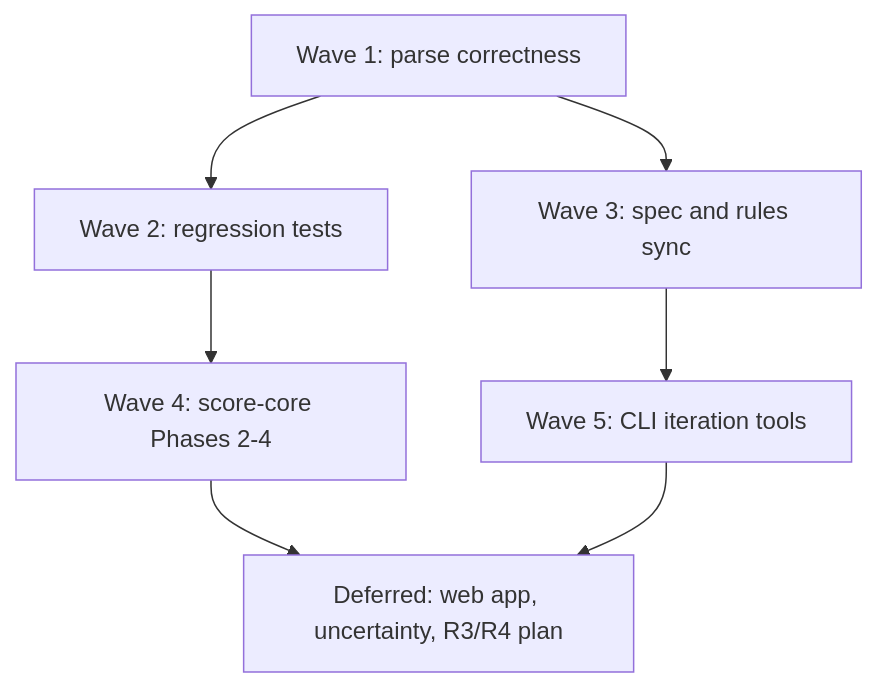
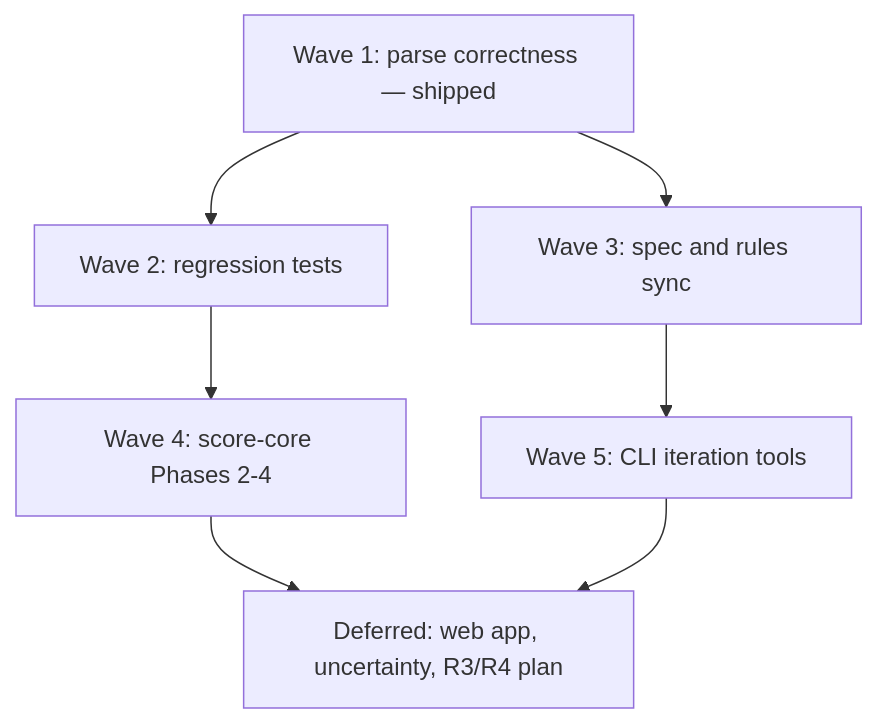
Before and after one commit to bbailey27/music-league-voting-assistant: the diagram in .cursor/plans/remaining-work-master.plan.md, drawn with Mermaid. The commit also changed other lines of this file and 21 other files, not shown here.

````diff
--- a/.cursor/plans/remaining-work-master.plan.md
+++ b/.cursor/plans/remaining-work-master.plan.md
@@ -40,16 +40,16 @@
 ```mermaid
 flowchart TB
-  W1[Wave 1: parse correctness]
+  W1[Wave 1: parse correctness — shipped]
   W2[Wave 2: regression tests]
   W3[Wave 3: spec and rules sync]
   W4[Wave 4: score-core Phases 2-4]
   W5[Wave 5: CLI iteration tools]
   DEF[Deferred: web app, uncertainty, R3/R4 plan]
 
   W1 --> W3
   W1 --> W2
   W2 --> W4
   W3 --> W5
   W4 --> DEF
   W5 --> DEF
 ```
````
